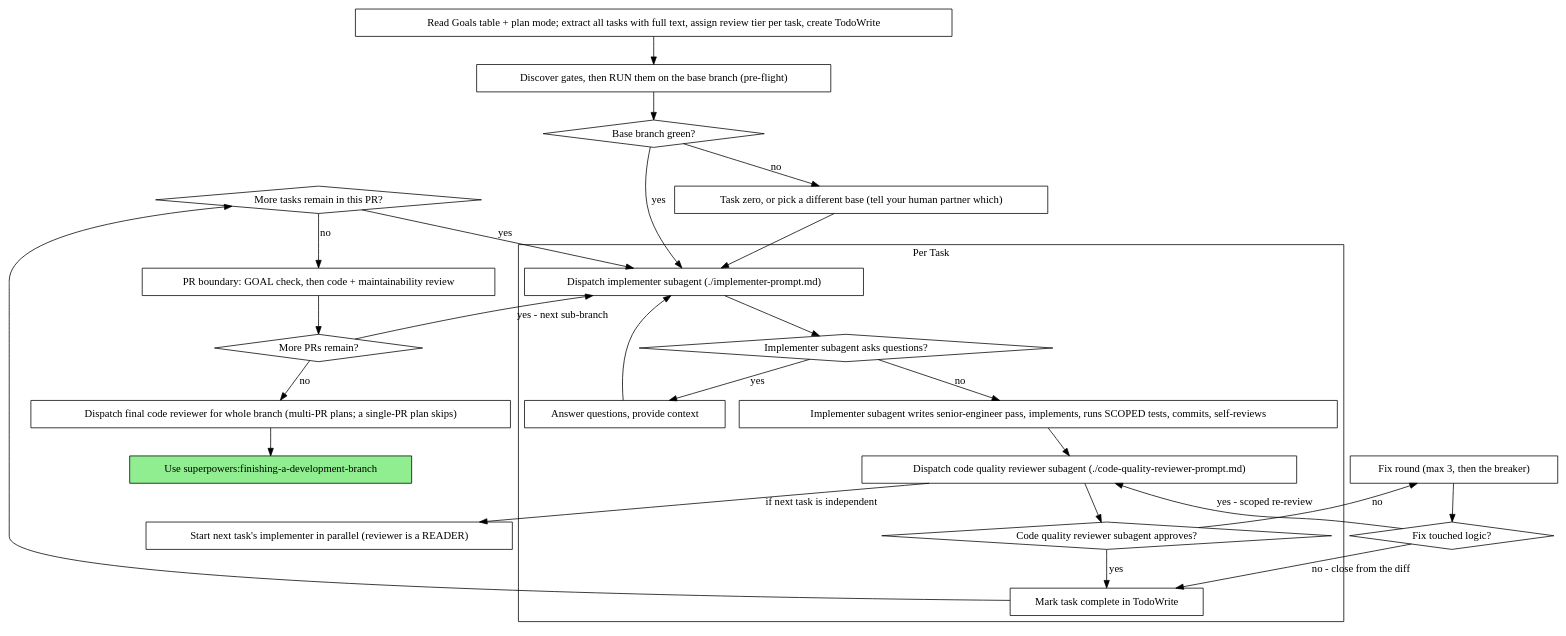
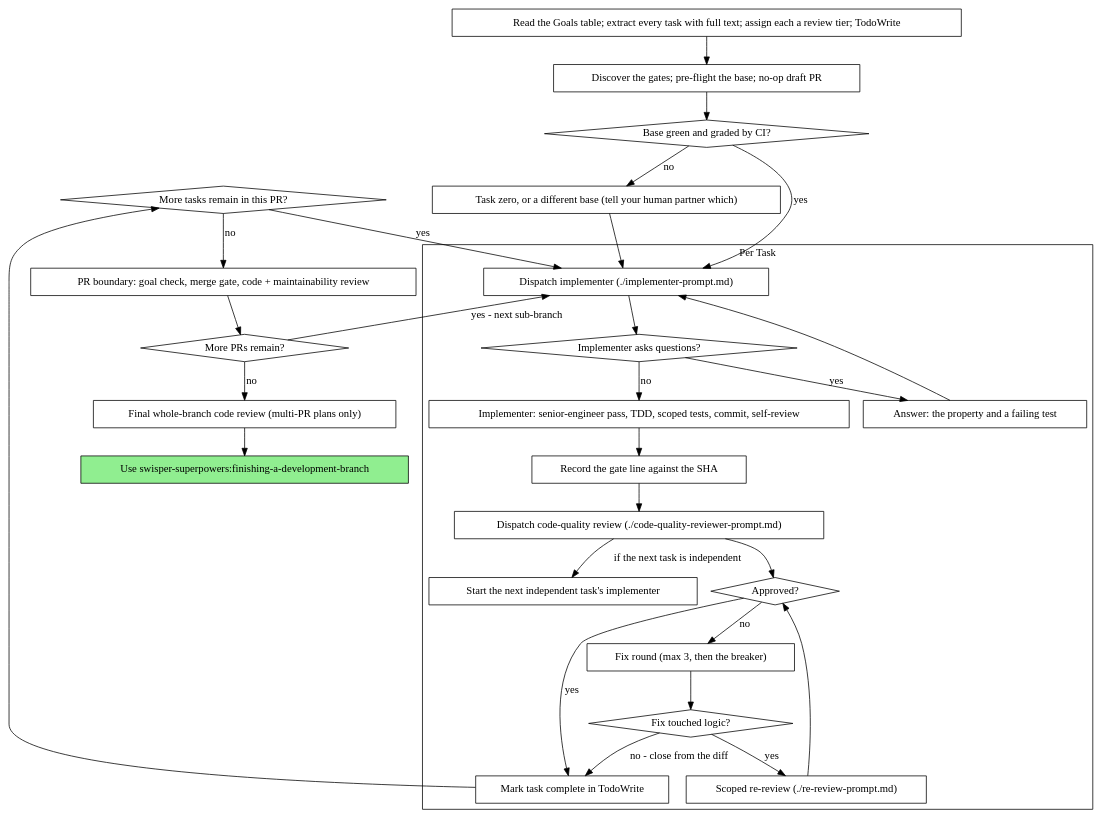
One commit to Fintama/swisper-superpowers changed the second of 2 diagrams in skills/subagent-driven-development/SKILL.md. Above: the diagram before and after it, drawn with Graphviz. The commit also changed other lines of this file and 89 other files, not shown here.

````diff
--- a/skills/subagent-driven-development/SKILL.md
+++ b/skills/subagent-driven-development/SKILL.md
@@ -56,54 +42,58 @@
 ```dot
 digraph process {
     rankdir=TB;
 
     subgraph cluster_per_task {
         label="Per Task";
-        "Dispatch implementer subagent (./implementer-prompt.md)" [shape=box];
-        "Implementer subagent asks questions?" [shape=diamond];
-        "Answer questions, provide context" [shape=box];
-        "Implementer subagent writes senior-engineer pass, implements, runs SCOPED tests, commits, self-reviews" [shape=box];
-        "Dispatch code quality reviewer subagent (./code-quality-reviewer-prompt.md)" [shape=box];
-        "Code quality reviewer subagent approves?" [shape=diamond];
+        "Dispatch implementer (./implementer-prompt.md)" [shape=box];
+        "Implementer asks questions?" [shape=diamond];
+        "Answer: the property and a failing test" [shape=box];
+        "Implementer: senior-engineer pass, TDD, scoped tests, commit, self-review" [shape=box];
+        "Record the gate line against the SHA" [shape=box];
+        "Dispatch code-quality review (./code-quality-reviewer-prompt.md)" [shape=box];
+        "Start the next independent task's implementer" [shape=box];
+        "Approved?" [shape=diamond];
+        "Fix round (max 3, then the breaker)" [shape=box];
+        "Fix touched logic?" [shape=diamond];
+        "Scoped re-review (./re-review-prompt.md)" [shape=box];
         "Mark task complete in TodoWrite" [shape=box];
     }
 
-    "Read Goals table + plan mode; extract all tasks with full text, assign review tier per task, create TodoWrite" [shape=box];
-    "Discover gates, then RUN them on the base branch (pre-flight)" [shape=box];
-    "Base branch green?" [shape=diamond];
-    "Task zero, or pick a different base (tell your human partner which)" [shape=box];
+    "Read the Goals table; extract every task with full text; assign each a review tier; TodoWrite" [shape=box];
+    "Discover the gates; pre-flight the base; no-op draft PR" [shape=box];
+    "Base green and graded by CI?" [shape=diamond];
+    "Task zero, or a different base (tell your human partner which)" [shape=box];
     "More tasks remain in this PR?" [shape=diamond];
-    "PR boundary: GOAL check, then code + maintainability review" [shape=box];
+    "PR boundary: goal check, merge gate, code + maintainability review" [shape=box];
     "More PRs remain?" [shape=diamond];
-    "Dispatch final code reviewer for whole branch (multi-PR plans; a single-PR plan skips)" [shape=box];
-    "Use superpowers:finishing-a-development-branch" [shape=box style=filled fillcolor=lightgreen];
+    "Final whole-branch code review (multi-PR plans only)" [shape=box];
+    "Use swisper-superpowers:finishing-a-development-branch" [shape=box style=filled fillcolor=lightgreen];
 
-    "Read Goals table + plan mode; extract all tasks with full text, assign review tier per task, create TodoWrite" -> "Discover gates, then RUN them on the base branch (pre-flight)";
-    "Discover gates, then RUN them on the base branch (pre-flight)" -> "Base branch green?";
-    "Base branch green?" -> "Task zero, or pick a different base (tell your human partner which)" [label="no"];
-    "Task zero, or pick a different base (tell your human partner which)" -> "Dispatch implementer subagent (./implementer-prompt.md)";
-    "Base branch green?" -> "Dispatch implementer subagent (./implementer-prompt.md)" [label="yes"];
-    "Dispatch implementer subagent (./implementer-prompt.md)" -> "Implementer subagent asks questions?";
-    "Implementer subagent asks questions?" -> "Answer questions, provide context" [label="yes"];
-    "Answer questions, provide context" -> "Dispatch implementer subagent (./implementer-prompt.md)";
-    "Implementer subagent asks questions?" -> "Implementer subagent writes senior-engineer pass, implements, runs SCOPED tests, commits, self-reviews" [label="no"];
-    "Implementer subagent writes senior-engineer pass, implements, runs SCOPED tests, commits, self-reviews" -> "Dispatch code quality reviewer subagent (./code-quality-reviewer-prompt.md)";
-    "Dispatch code quality reviewer subagent (./code-quality-reviewer-prompt.md)" -> "Start next task's implementer in parallel (reviewer is a READER)" [label="if next task is independent"];
-    "Start next task's implementer in parallel (reviewer is a READER)" [shape=box];
-    "Fix round (max 3, then the breaker)" [shape=box];
-    "Fix round (max 3, then the breaker)" -> "Fix touched logic?" [label=""];
-    "Fix touched logic?" [shape=diamond];
-    "Fix touched logic?" -> "Dispatch code quality reviewer subagent (./code-quality-reviewer-prompt.md)" [label="yes - scoped re-review"];
+    "Read the Goals table; extract every task with full text; assign each a review tier; TodoWrite" -> "Discover the gates; pre-flight the base; no-op draft PR";
+    "Discover the gates; pre-flight the base; no-op draft PR" -> "Base green and graded by CI?";
+    "Base green and graded by CI?" -> "Task zero, or a different base (tell your human partner which)" [label="no"];
+    "Task zero, or a different base (tell your human partner which)" -> "Dispatch implementer (./implementer-prompt.md)";
+    "Base green and graded by CI?" -> "Dispatch implementer (./implementer-prompt.md)" [label="yes"];
+    "Dispatch implementer (./implementer-prompt.md)" -> "Implementer asks questions?";
+    "Implementer asks questions?" -> "Answer: the property and a failing test" [label="yes"];
+    "Answer: the property and a failing test" -> "Dispatch implementer (./implementer-prompt.md)";
+    "Implementer asks questions?" -> "Implementer: senior-engineer pass, TDD, scoped tests, commit, self-review" [label="no"];
+    "Implementer: senior-engineer pass, TDD, scoped tests, commit, self-review" -> "Record the gate line against the SHA";
+    "Record the gate line against the SHA" -> "Dispatch code-quality review (./code-quality-reviewer-prompt.md)";
+    "Dispatch code-quality review (./code-quality-reviewer-prompt.md)" -> "Start the next independent task's implementer" [label="if the next task is independent"];
+    "Dispatch code-quality review (./code-quality-reviewer-prompt.md)" -> "Approved?";
+    "Approved?" -> "Mark task complete in TodoWrite" [label="yes"];
+    "Approved?" -> "Fix round (max 3, then the breaker)" [label="no"];
+    "Fix round (max 3, then the breaker)" -> "Fix touched logic?";
+    "Fix touched logic?" -> "Scoped re-review (./re-review-prompt.md)" [label="yes"];
     "Fix touched logic?" -> "Mark task complete in TodoWrite" [label="no - close from the diff"];
-    "Dispatch code quality reviewer subagent (./code-quality-reviewer-prompt.md)" -> "Code quality reviewer subagent approves?";
-    "Code quality reviewer subagent approves?" -> "Fix round (max 3, then the breaker)" [label="no"];
-    "Code quality reviewer subagent approves?" -> "Mark task complete in TodoWrite" [label="yes"];
+    "Scoped re-review (./re-review-prompt.md)" -> "Approved?";
     "Mark task complete in TodoWrite" -> "More tasks remain in this PR?";
-    "More tasks remain in this PR?" -> "Dispatch implementer subagent (./implementer-prompt.md)" [label="yes"];
-    "More tasks remain in this PR?" -> "PR boundary: GOAL check, then code + maintainability review" [label="no"];
-    "PR boundary: GOAL check, then code + maintainability review" -> "More PRs remain?";
-    "More PRs remain?" -> "Dispatch implementer subagent (./implementer-prompt.md)" [label="yes - next sub-branch"];
-    "More PRs remain?" -> "Dispatch final code reviewer for whole branch (multi-PR plans; a single-PR plan skips)" [label="no"];
-    "Dispatch final code reviewer for whole branch (multi-PR plans; a single-PR plan skips)" -> "Use superpowers:finishing-a-development-branch";
+    "More tasks remain in this PR?" -> "Dispatch implementer (./implementer-prompt.md)" [label="yes"];
+    "More tasks remain in this PR?" -> "PR boundary: goal check, merge gate, code + maintainability review" [label="no"];
+    "PR boundary: goal check, merge gate, code + maintainability review" -> "More PRs remain?";
+    "More PRs remain?" -> "Dispatch implementer (./implementer-prompt.md)" [label="yes - next sub-branch"];
+    "More PRs remain?" -> "Final whole-branch code review (multi-PR plans only)" [label="no"];
+    "Final whole-branch code review (multi-PR plans only)" -> "Use swisper-superpowers:finishing-a-development-branch";
 }
 ```
````
